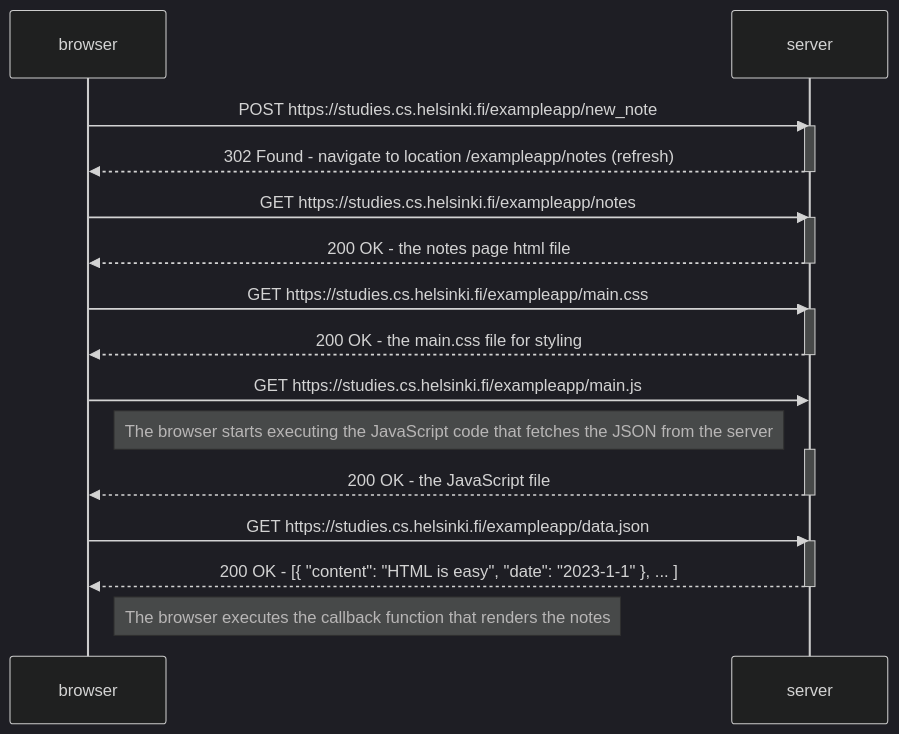
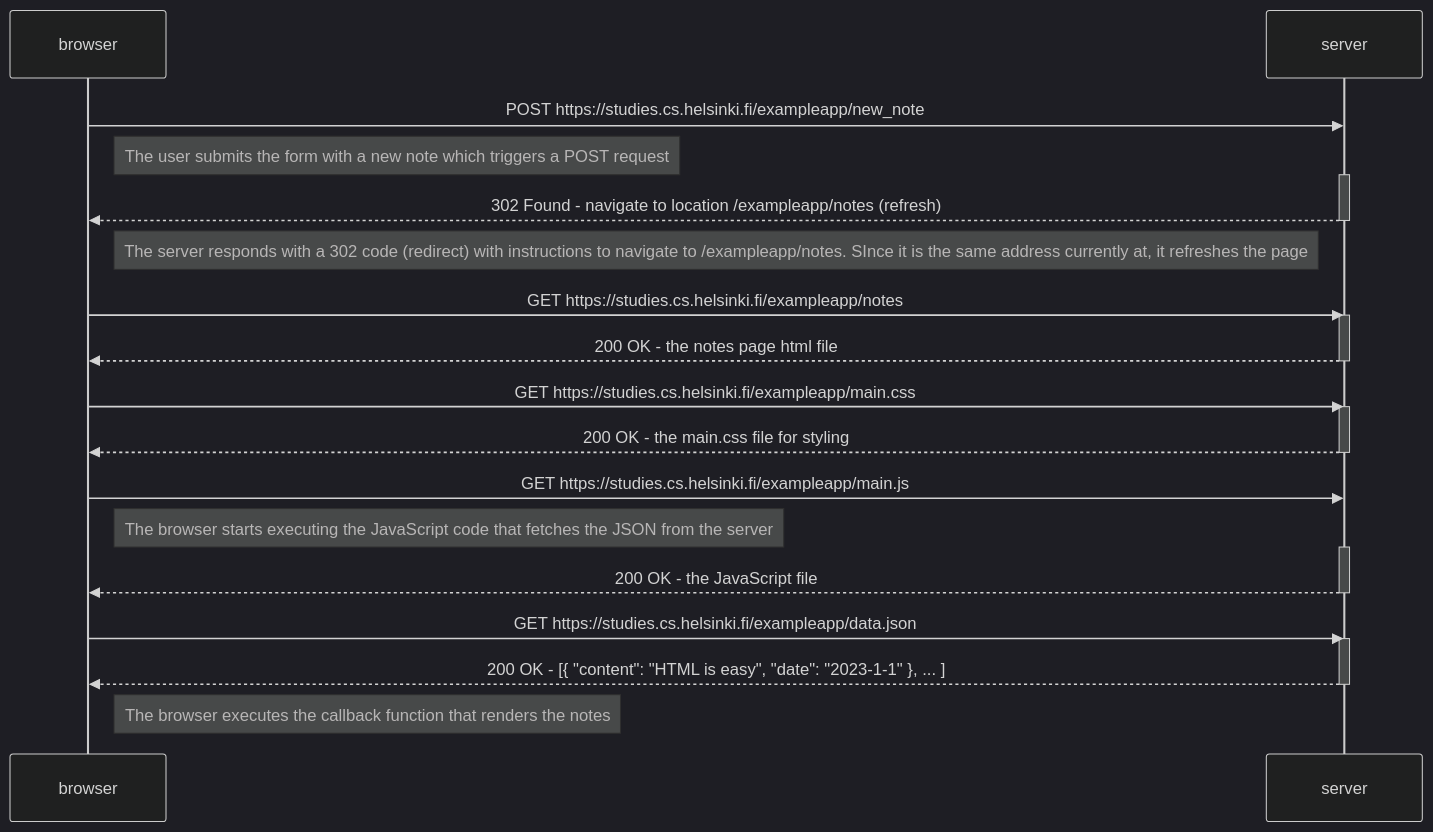
The diagram in Part0/04.md (philipmuller/fullstackopen), drawn with Mermaid (dark theme) before and after one commit.

Commit message:
Update 04.md
notes

````diff
--- a/Part0/04.md
+++ b/Part0/04.md
@@ -3,35 +3,36 @@
 ```mermaid
 sequenceDiagram
     participant browser
     participant server
 
     browser->>server: POST https://studies.cs.helsinki.fi/exampleapp/new_note
+    Note right of browser: The user submits the form with a new note which triggers a POST request
     activate server
     server-->>browser: 302 Found - navigate to location /exampleapp/notes (refresh)
     deactivate server
-
+    Note right of browser: The server responds with a 302 code (redirect) with instructions to navigate to /exampleapp/notes. SInce it is the same address currently at, it refreshes the page
     browser->>server: GET https://studies.cs.helsinki.fi/exampleapp/notes
     activate server
     server-->>browser: 200 OK - the notes page html file
     deactivate server
 
     browser->>server: GET https://studies.cs.helsinki.fi/exampleapp/main.css
     activate server
     server-->>browser: 200 OK - the main.css file for styling
     deactivate server
 
     browser->>server: GET https://studies.cs.helsinki.fi/exampleapp/main.js
     Note right of browser: The browser starts executing the JavaScript code that fetches the JSON from the server
     activate server
     server-->>browser: 200 OK - the JavaScript file
     deactivate server
 
     
 
     browser->>server: GET https://studies.cs.helsinki.fi/exampleapp/data.json
     activate server
     server-->>browser: 200 OK - [{ "content": "HTML is easy", "date": "2023-1-1" }, ... ]
     deactivate server
 
     Note right of browser: The browser executes the callback function that renders the notes
 ```
````
